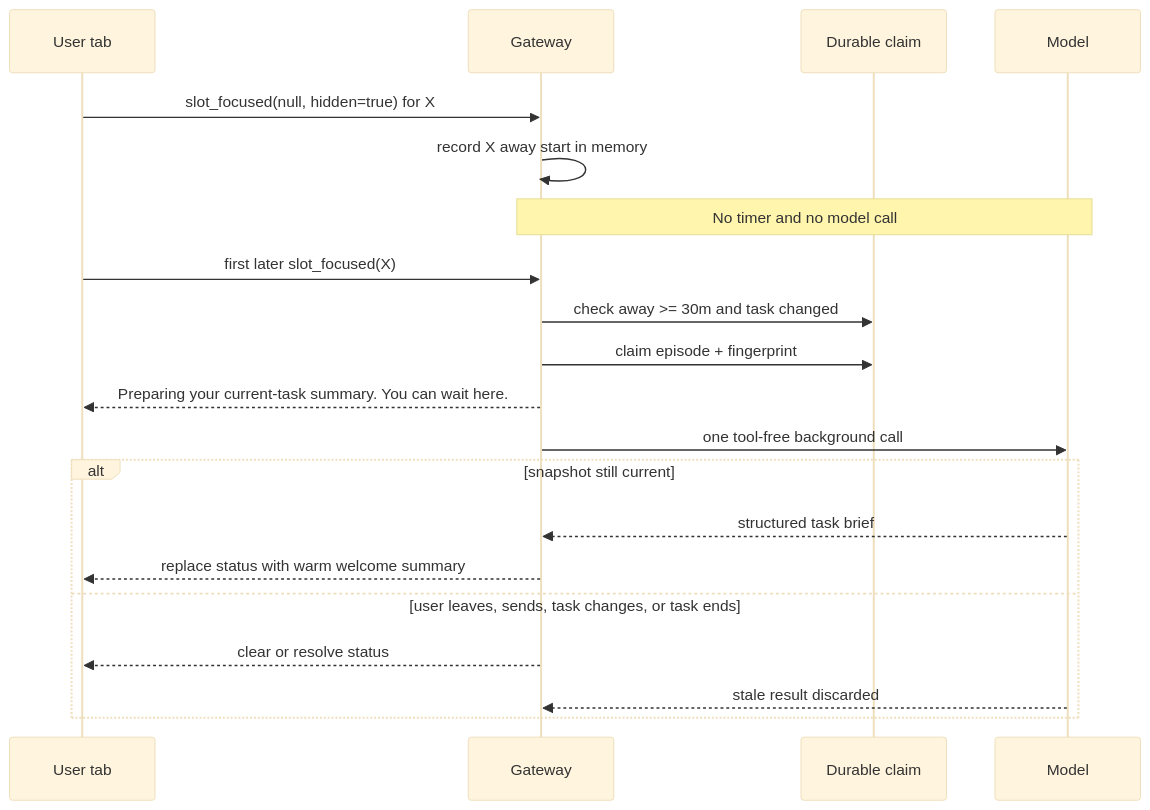
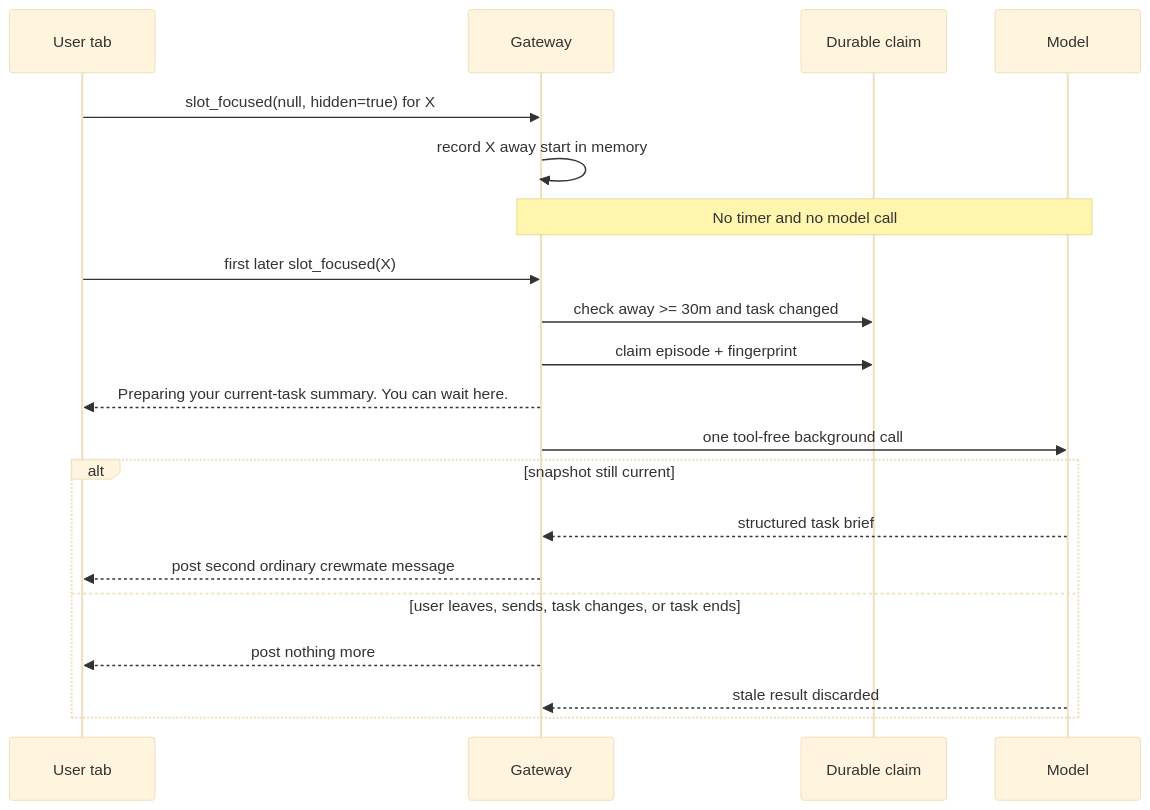
The diagram in docs/request-for-change/rfc-delayed-task-brief.md (AdityaNarayanan851996/KiroCrew), drawn with Mermaid (base theme) before and after one commit. The commit also changed other lines of this file, not shown here.

First line of the commit message:
docs: keep posted warm brief messages as plain history (#20979)

````diff
--- a/docs/request-for-change/rfc-delayed-task-brief.md
+++ b/docs/request-for-change/rfc-delayed-task-brief.md
@@ -161,23 +161,23 @@
 ```mermaid
 sequenceDiagram
     participant U as User tab
     participant G as Gateway
     participant D as Durable claim
     participant M as Model
 
     U->>G: slot_focused(null, hidden=true) for X
     G->>G: record X away start in memory
     Note over G,M: No timer and no model call
     U->>G: first later slot_focused(X)
     G->>D: check away >= 30m and task changed
     G->>D: claim episode + fingerprint
     G-->>U: Preparing your current-task summary. You can wait here.
     G->>M: one tool-free background call
     alt snapshot still current
         M-->>G: structured task brief
-        G-->>U: replace status with warm welcome summary
+        G-->>U: post second ordinary crewmate message
     else user leaves, sends, task changes, or task ends
-        G-->>U: clear or resolve status
+        G-->>U: post nothing more
         M-->>G: stale result discarded
     end
 ```
````
